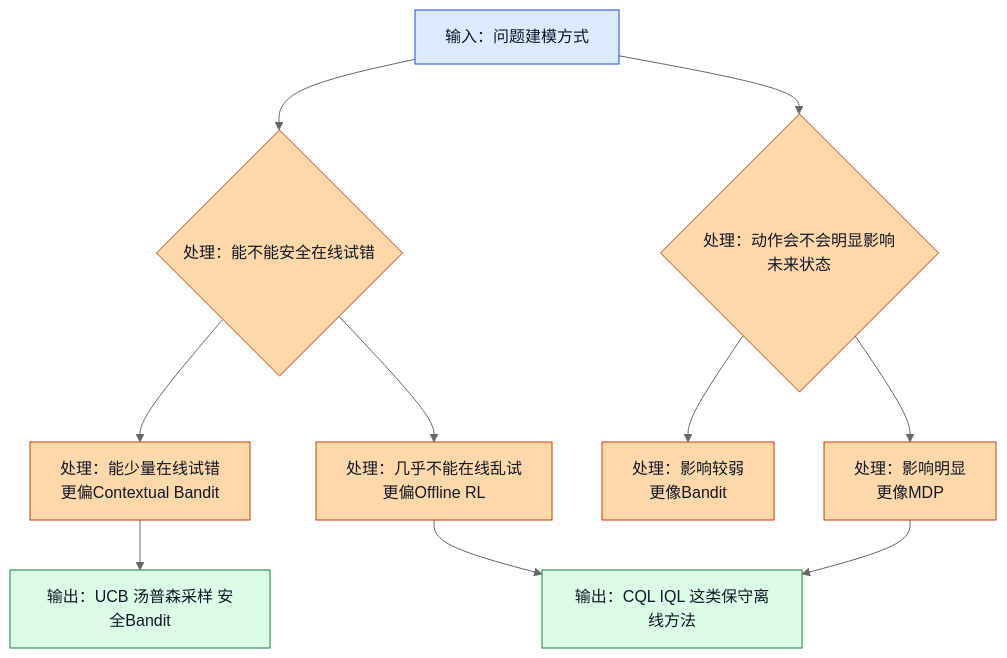
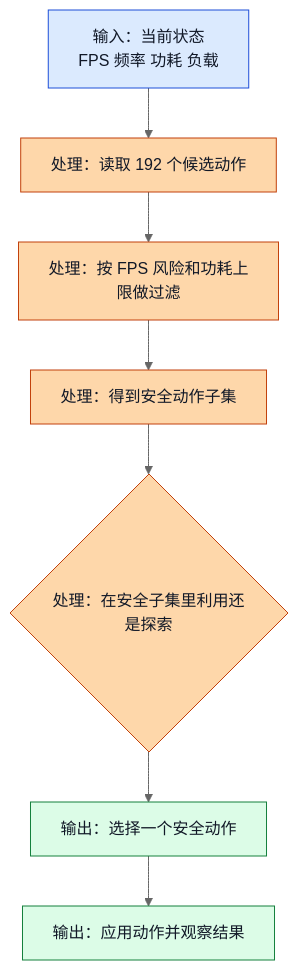
Before and after one commit to Mrphase/RL-Doc: the fifth of 6 diagrams in learn/03_Exploration_vs_Exploitation.md, drawn with Mermaid (neutral theme). The commit also changed other lines of this file, not shown here.

````diff
--- a/learn/03_Exploration_vs_Exploitation.md
+++ b/learn/03_Exploration_vs_Exploitation.md
@@ -819,19 +804,17 @@
 ```mermaid
 flowchart TD
-    A[输入：问题建模方式] --> B{处理：能不能安全在线试错}
-    B --> C[处理：能少量在线试错<br/>更偏Contextual Bandit]
-    B --> D[处理：几乎不能在线乱试<br/>更偏Offline RL]
-    A --> E{处理：动作会不会明显影响未来状态}
-    E --> F[处理：影响较弱<br/>更像Bandit]
-    E --> G[处理：影响明显<br/>更像MDP]
-    C --> H[输出：UCB 汤普森采样 安全Bandit]
-    D --> I[输出：CQL IQL 这类保守离线方法]
-    G --> I
+    A[输入：当前状态<br/>FPS 频率 功耗 负载] --> B[处理：读取 192 个候选动作]
+    B --> C[处理：按 FPS 风险和功耗上限做过滤]
+    C --> D[处理：得到安全动作子集]
+    D --> E{处理：在安全子集里利用还是探索}
+    E --> F[输出：选择一个安全动作]
+    F --> G[输出：应用动作并观察结果]
 
     classDef input fill:#dbeafe,stroke:#1d4ed8,color:#111827;
     classDef process fill:#fed7aa,stroke:#c2410c,color:#111827;
     classDef output fill:#dcfce7,stroke:#15803d,color:#111827;
+
     class A input;
-    class B,C,D,E,F,G process;
-    class H,I output;
+    class B,C,D,E process;
+    class F,G output;
 ```
````
